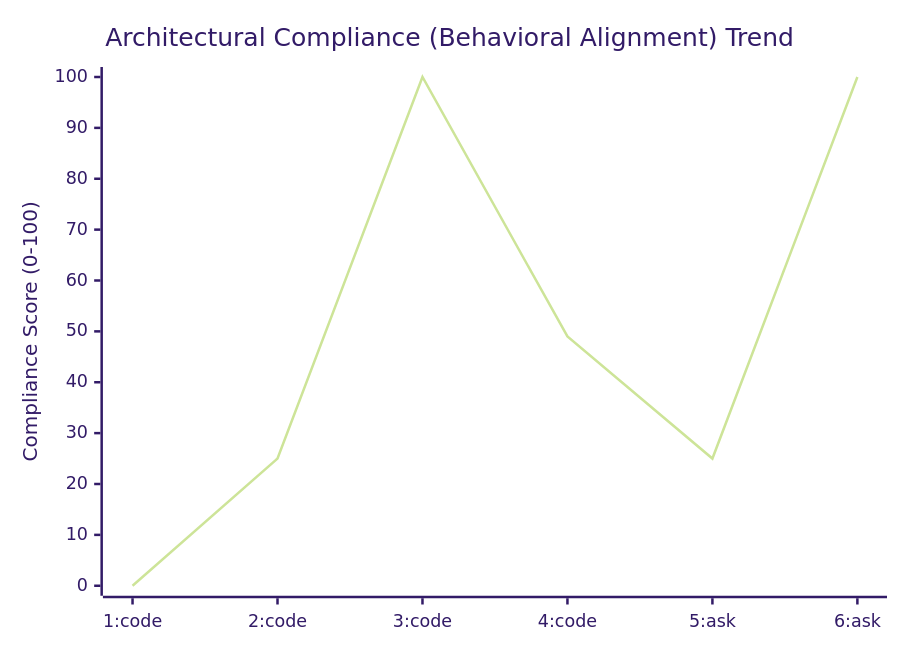
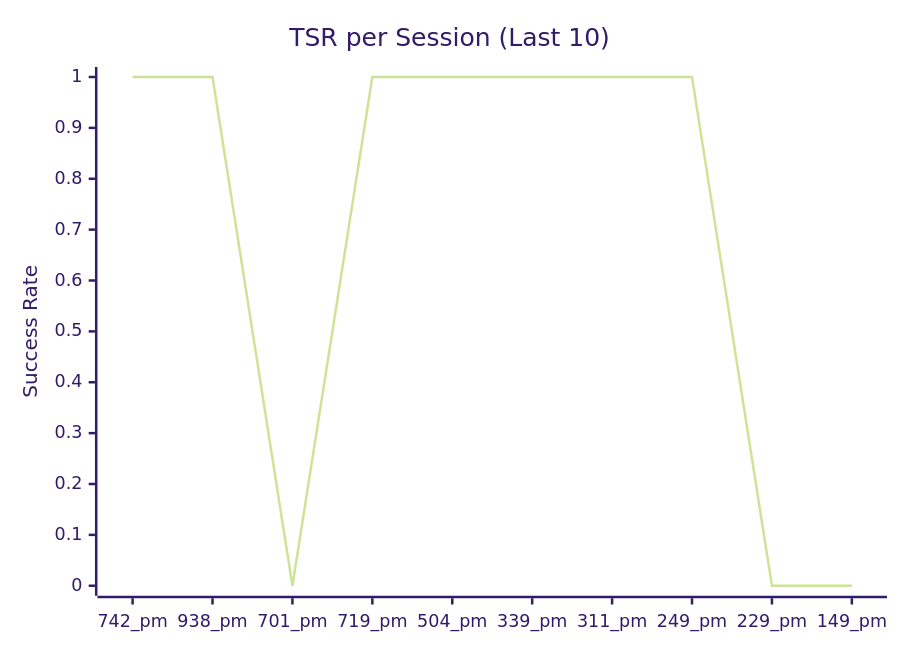
Before and after one commit to centervil/roocode-factory: the second of 3 diagrams in docs/dashboard.md, drawn with Mermaid (forest theme). The commit also changed other lines of this file and 27 other files, not shown here.

First line of the commit message:
feat: Implement Metrics Dashboard using Mermaid.js (Issue #56)

````diff
--- a/docs/dashboard.md
+++ b/docs/dashboard.md
@@ -31,7 +15,7 @@
 ```mermaid
 xychart-beta
-    title "Architectural Compliance (Behavioral Alignment) Trend"
-    x-axis ["1:code", "2:code", "3:code", "4:code", "5:ask", "6:ask"]
-    y-axis "Compliance Score (0-100)" 0 --> 100
-    line [0, 25, 100, 49, 25, 100]
+    title "TSR per Session (Last 10)"
+    x-axis ["742_pm", "938_pm", "701_pm", "719_pm", "504_pm", "339_pm", "311_pm", "249_pm", "229_pm", "149_pm"]
+    y-axis "Success Rate" 0 --> 1
+    line [1.0, 1.0, 0.0, 1.0, 1.0, 1.0, 1.0, 1.0, 0.0, 0.0]
 ```
````
